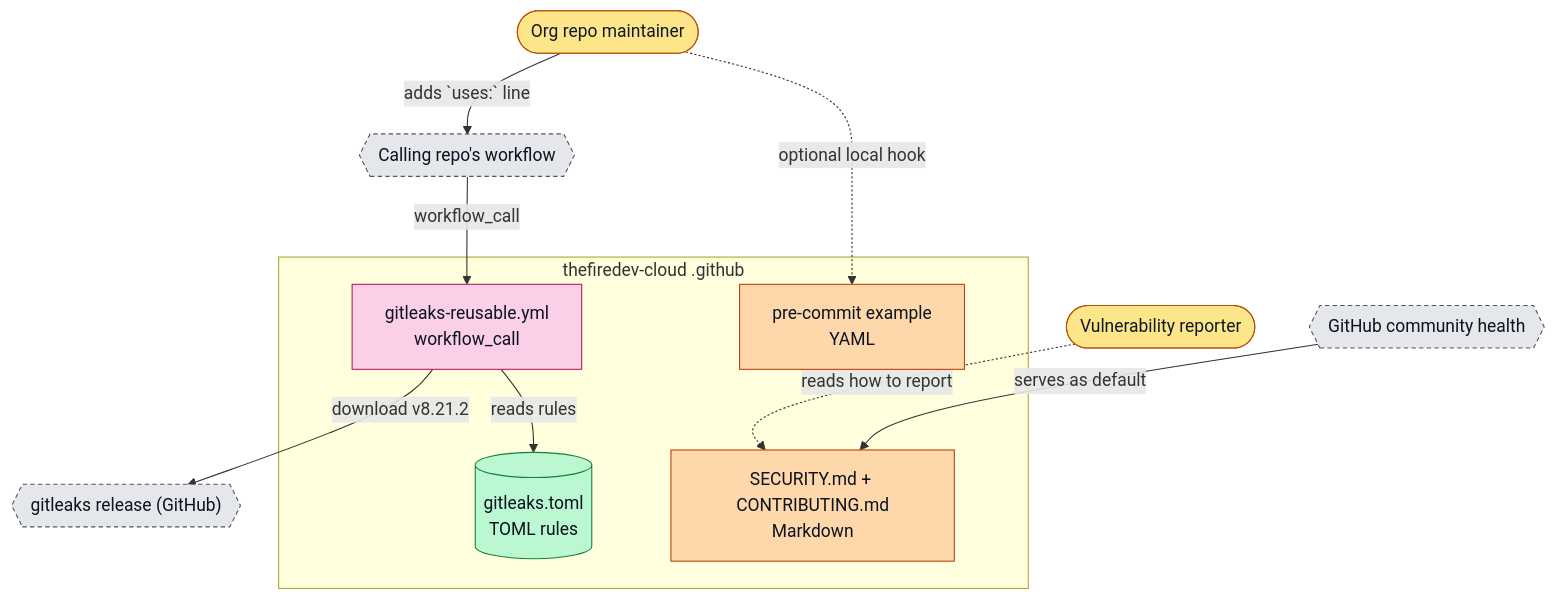
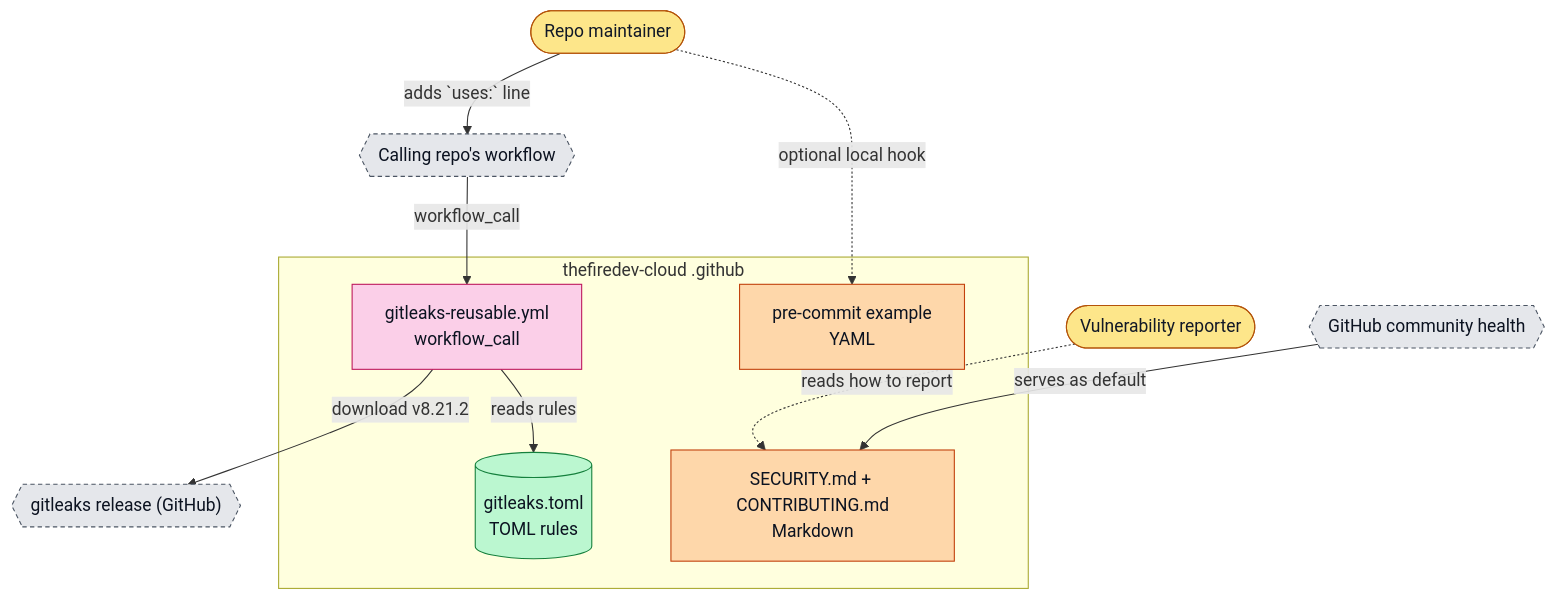
Before and after one commit to thefiredev-cloud/.github: the third of 5 diagrams in docs/ARCHITECTURE.md, drawn with Mermaid. The commit also changed other lines of this file and 14 other files, not shown here.

````diff
--- a/docs/ARCHITECTURE.md
+++ b/docs/ARCHITECTURE.md
@@ -66,26 +66,26 @@
 ```mermaid
 flowchart TB
-  dev(["Org repo maintainer"]):::actor
+  dev(["Repo maintainer"]):::actor
   reporter(["Vulnerability reporter"]):::actor
   caller{{"Calling repo's workflow"}}:::ext
   gl{{"gitleaks release (GitHub)"}}:::ext
   gh{{"GitHub community health"}}:::ext
   subgraph SYSTEM["thefiredev-cloud .github"]
     wf["gitleaks-reusable.yml<br/>workflow_call"]:::job
     cfg[("gitleaks.toml<br/>TOML rules")]:::store
     hook["pre-commit example<br/>YAML"]:::doc
     policy["SECURITY.md + CONTRIBUTING.md<br/>Markdown"]:::doc
   end
   dev -->|"adds `uses:` line"| caller
   caller -->|"workflow_call"| wf
   wf -->|"download v8.21.2"| gl
   wf -->|"reads rules"| cfg
   gh -->|"serves as default"| policy
   reporter -.->|"reads how to report"| policy
   dev -.->|"optional local hook"| hook
   classDef actor fill:#fde68a,stroke:#b45309,color:#111827
   classDef doc fill:#fed7aa,stroke:#c2410c,color:#0b1220
   classDef ext fill:#e5e7eb,stroke:#4b5563,color:#0b1220,stroke-dasharray:4 3
   classDef job fill:#fbcfe8,stroke:#be185d,color:#0b1220
   classDef store fill:#bbf7d0,stroke:#15803d,color:#0b1220
 ```
````
